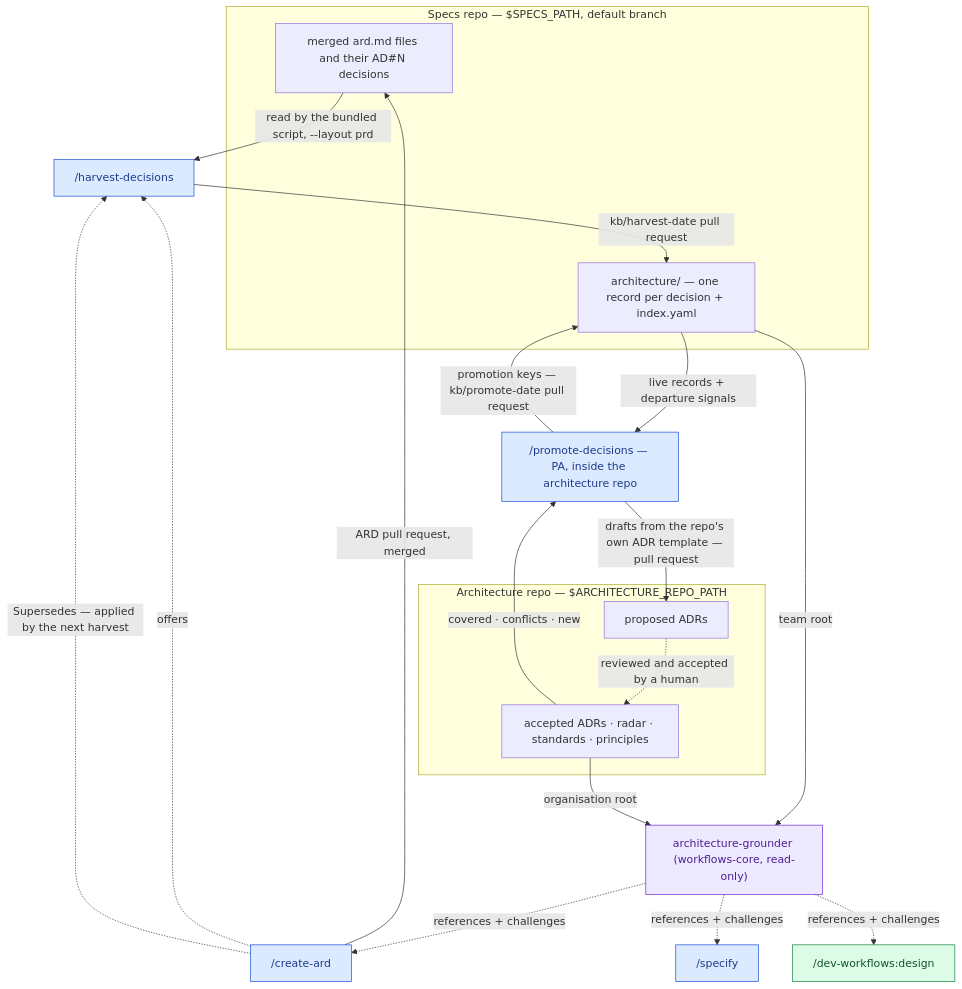
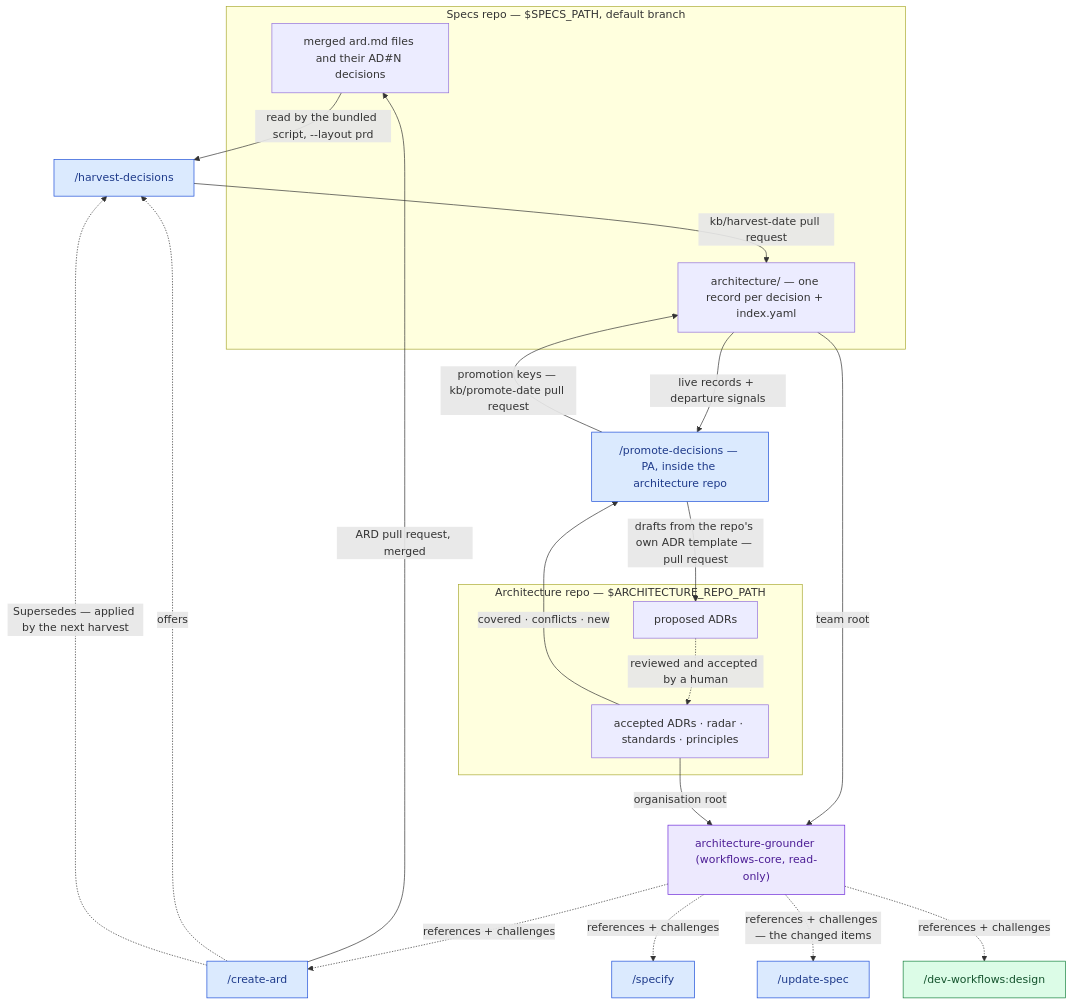
Before and after one commit to ihudak/ai-workflows: the second of 2 diagrams in plugins/product-workflows/docs/workflow.md, drawn with Mermaid. The commit also changed other lines of this file and 18 other files, not shown here.

First line of the commit message:
docs(product-workflows, dev-workflows, workflows-core): /update-spec in the docs, the inventories and the workflow diagrams

````diff
--- a/plugins/product-workflows/docs/workflow.md
+++ b/plugins/product-workflows/docs/workflow.md
@@ -123,30 +128,31 @@
 ```mermaid
 flowchart TD
     subgraph SPECS["Specs repo — $SPECS_PATH, default branch"]
         ards["merged ard.md files and their AD#N decisions"]
         kb["architecture/ — one record per decision + index.yaml"]
     end
     subgraph ARCH["Architecture repo — $ARCHITECTURE_REPO_PATH"]
         org["accepted ADRs · radar · standards · principles"]
         proposed["proposed ADRs"]
     end
     createard["/create-ard"]:::prod -->|"ARD pull request, merged"| ards
     createard -.->|"offers"| harvest["/harvest-decisions"]:::prod
     ards -->|"read by the bundled script, --layout prd"| harvest
     harvest -->|"kb/harvest-date pull request"| kb
     kb -->|"live records + departure signals"| promote["/promote-decisions — PA, inside the architecture repo"]:::prod
     org -->|"covered · conflicts · new"| promote
     promote -->|"drafts from the repo's own ADR template — pull request"| proposed
     promote -->|"promotion keys — kb/promote-date pull request"| kb
     proposed -.->|"reviewed and accepted by a human"| org
     kb -->|"team root"| grounder["architecture-grounder (workflows-core, read-only)"]:::core
     org -->|"organisation root"| grounder
     grounder -.->|"references + challenges"| createard
     grounder -.->|"references + challenges"| specify["/specify"]:::prod
+    grounder -.->|"references + challenges — the changed items"| updatespec["/update-spec"]:::prod
     grounder -.->|"references + challenges"| design["/dev-workflows:design"]:::dev
     createard -.->|"Supersedes — applied by the next harvest"| harvest
 
     classDef prod fill:#dbeafe,stroke:#1d4ed8,color:#1e3a8a
     classDef dev fill:#dcfce7,stroke:#15803d,color:#14532d
     classDef core fill:#ede9fe,stroke:#6d28d9,color:#4c1d95
 ```
````
